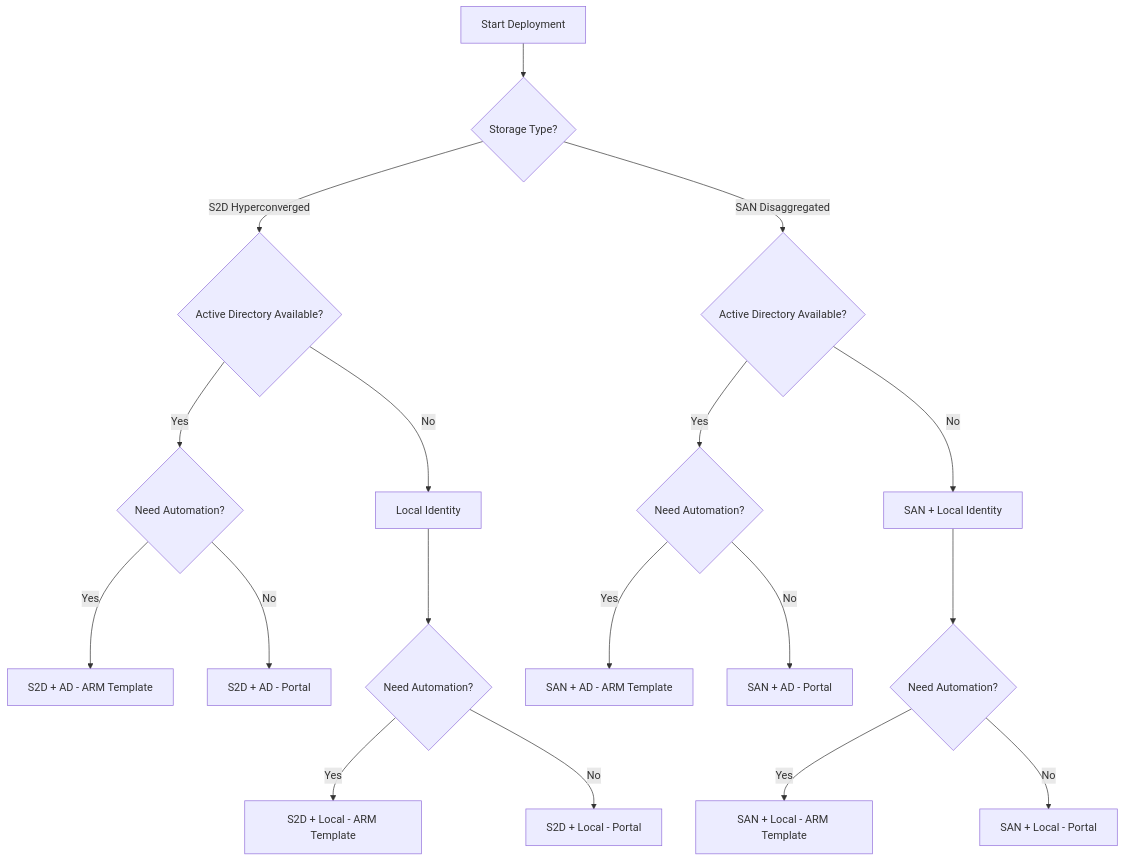
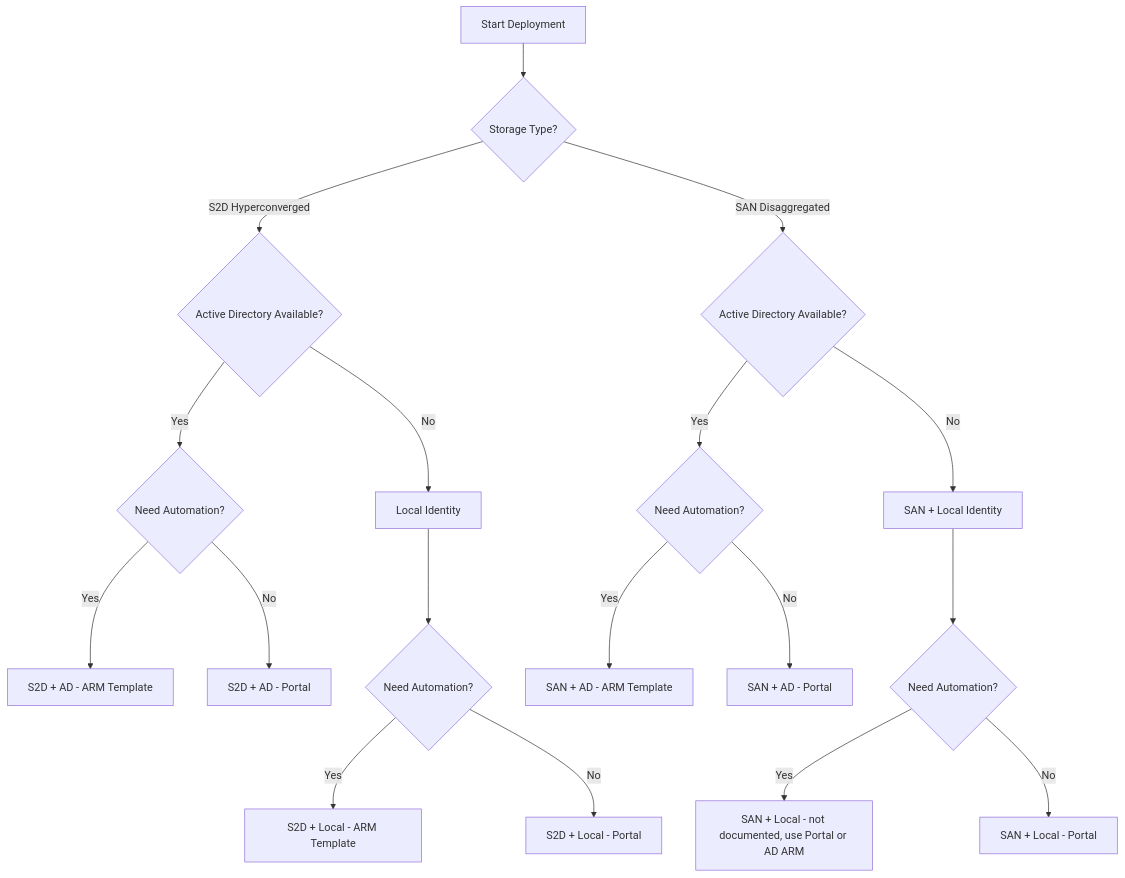
The diagram in docs/implementation/04-cluster-deployment/phase-05-cluster-deployment/deployment-methods/index.mdx (AzureLocal/azurelocal.github.io), drawn with Mermaid before and after one commit. The commit also changed other lines of this file and 7 other files, not shown here.

````diff
--- a/docs/implementation/04-cluster-deployment/phase-05-cluster-deployment/deployment-methods/index.mdx
+++ b/docs/implementation/04-cluster-deployment/phase-05-cluster-deployment/deployment-methods/index.mdx
@@ -159,20 +162,20 @@
 ```mermaid
 graph TD
   A[Start Deployment] --> S{Storage Type?}
   S -->|S2D Hyperconverged| B{Active Directory Available?}
   S -->|SAN Disaggregated| B2{Active Directory Available?}
   B -->|Yes| C{Need Automation?}
   B -->|No| D[Local Identity]
   C -->|Yes| E[S2D + AD - ARM Template]
   C -->|No| F[S2D + AD - Portal]
   D --> G{Need Automation?}
   G -->|Yes| H[S2D + Local - ARM Template]
   G -->|No| I[S2D + Local - Portal]
   B2 -->|Yes| C2{Need Automation?}
   B2 -->|No| D2[SAN + Local Identity]
   C2 -->|Yes| E2[SAN + AD - ARM Template]
   C2 -->|No| F2[SAN + AD - Portal]
   D2 --> G2{Need Automation?}
-  G2 -->|Yes| H2[SAN + Local - ARM Template]
+  G2 -->|Yes| H2[SAN + Local - not documented, use Portal or AD ARM]
   G2 -->|No| I2[SAN + Local - Portal]
 ```
````
